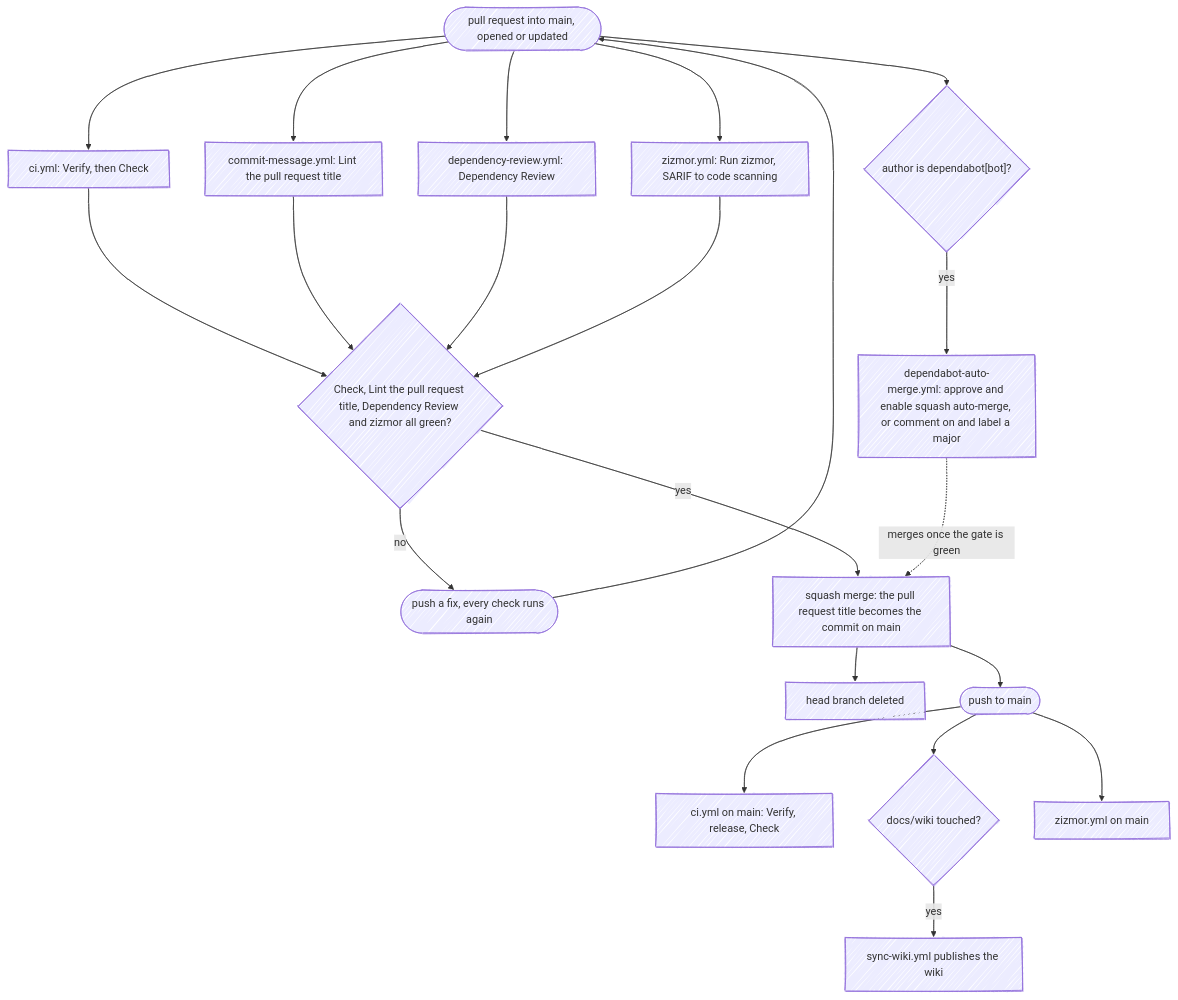
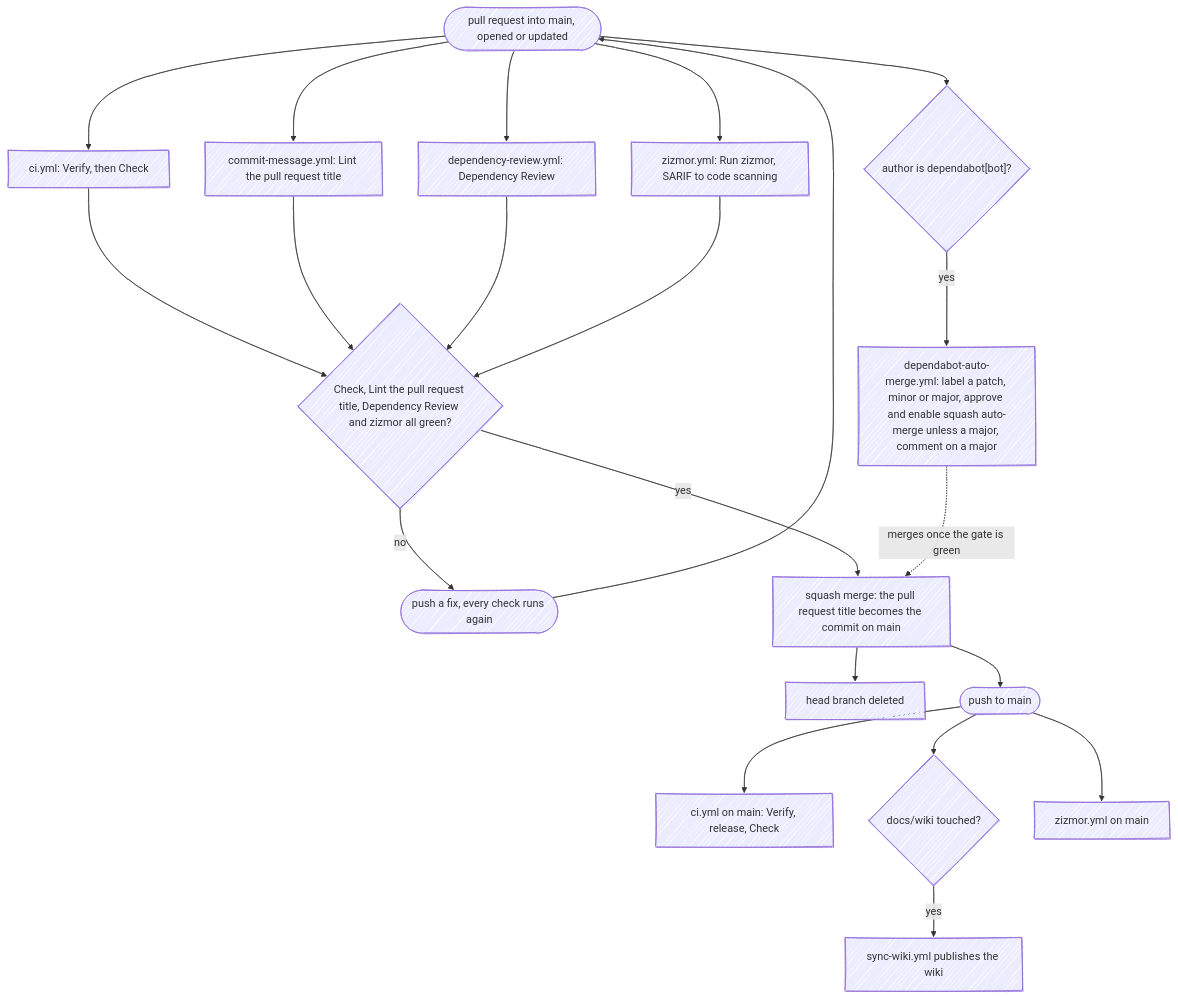
One commit to fbuireu/github-star-tracker changed the third of 4 diagrams in docs/wiki/CI-CD.md. Above: the diagram before and after it, drawn with Mermaid. The commit also changed other lines of this file, not shown here.

First line of the commit message:
docs: draw the whole Verify job, and say Dependabot labels patches and minors too

````diff
--- a/docs/wiki/CI-CD.md
+++ b/docs/wiki/CI-CD.md
@@ -180,34 +184,34 @@
 ```mermaid
 ---
 config:
   look: handDrawn
   layout: dagre
 ---
 flowchart TD
     open(["pull request into main, opened or updated"])
     ci["ci.yml: Verify, then Check"]
     title["commit-message.yml: Lint the pull request title"]
     review["dependency-review.yml: Dependency Review"]
     zizmor["zizmor.yml: Run zizmor, SARIF to code scanning"]
     bot{"author is dependabot[bot]?"}
-    automerge["dependabot-auto-merge.yml: approve and enable squash auto-merge, or comment on and label a major"]
+    automerge["dependabot-auto-merge.yml: label a patch, minor or major, approve and enable squash auto-merge unless a major, comment on a major"]
     gate{"Check, Lint the pull request title, Dependency Review and zizmor all green?"}
     fix(["push a fix, every check runs again"])
     merge["squash merge: the pull request title becomes the commit on main"]
     cleanup["head branch deleted"]
     push(["push to main"])
     main["ci.yml on main: Verify, release, Check"]
     wiki{"docs/wiki touched?"}
     sync["sync-wiki.yml publishes the wiki"]
     scan["zizmor.yml on main"]
 
     open --> ci & title & review & zizmor & bot
     bot -->|yes| automerge
     ci & title & review & zizmor --> gate
     gate -->|no| fix --> open
     gate -->|yes| merge --> push
     merge --> cleanup
     automerge -.->|"merges once the gate is green"| merge
     push --> main & wiki & scan
     wiki -->|yes| sync
 ```
````
